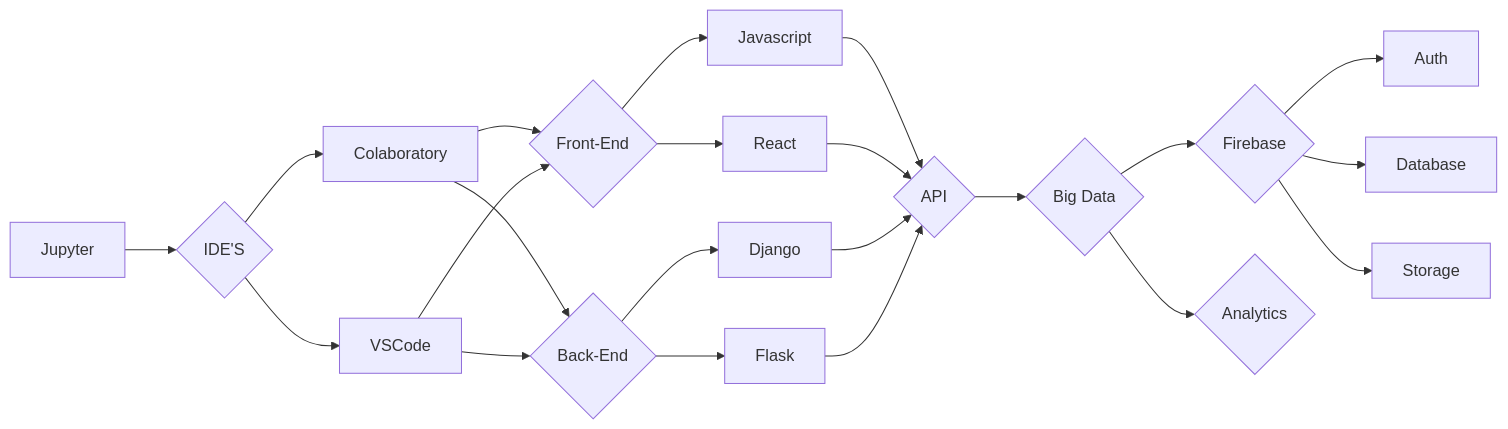
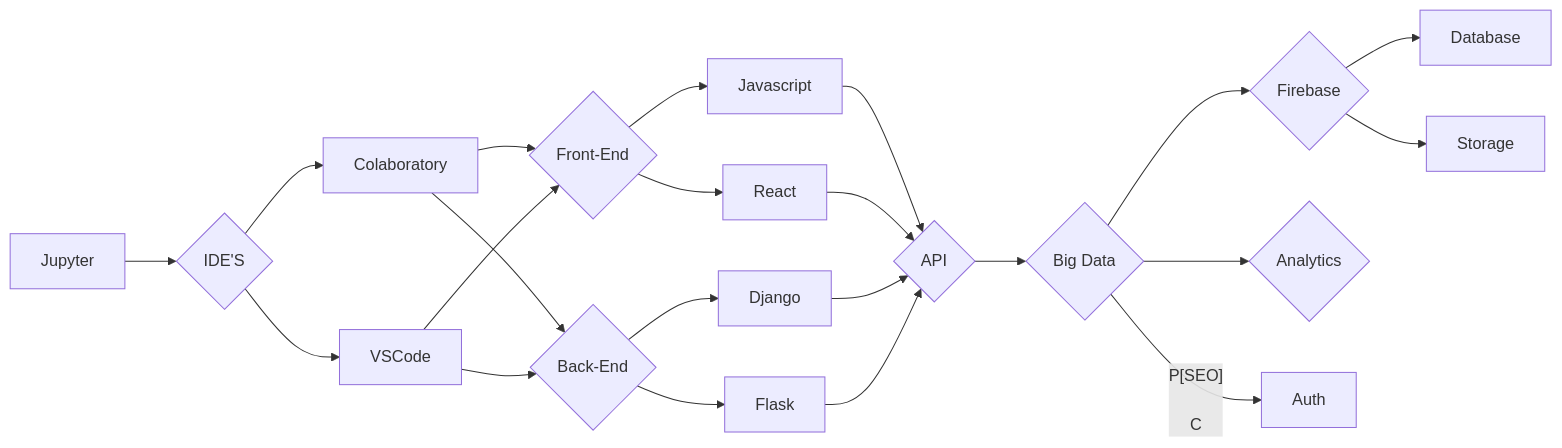
The first of 2 diagrams in README.md (SauloCandeira/SauloCandeira), drawn with Mermaid before and after one commit.

````diff
--- a/README.md
+++ b/README.md
@@ -61,31 +61,33 @@
 ```mermaid
 flowchart LR
 
 M[Jupyter] --> Z{IDE'S} 
 
 Z{IDE'S} --> K[Colaboratory]
 Z  --> L
 
 K[Colaboratory] --> A{Front-End} 
 K --> B{Back-End}
 L[VSCode] --> A{Front-End} 
 L --> B{Back-End}
 
 A{Front-End} --> I[Javascript] --> O{API} 
 A{Front-End} --> J[React] --> O{API} 
 
 B{Back-End} --> G[Django] --> O{API} 
 B{Back-End} --> H[Flask] --> O{API} 
 
 
 
 O{API} --> N{Big Data}
 
 
 N{Big Data} --> C{Firebase}
 N --> P{Analytics}
 
+N -- P[SEO]
+
 C --> D[Auth]
 C --> E[Database]
 C --> F[Storage]
 ```
````
